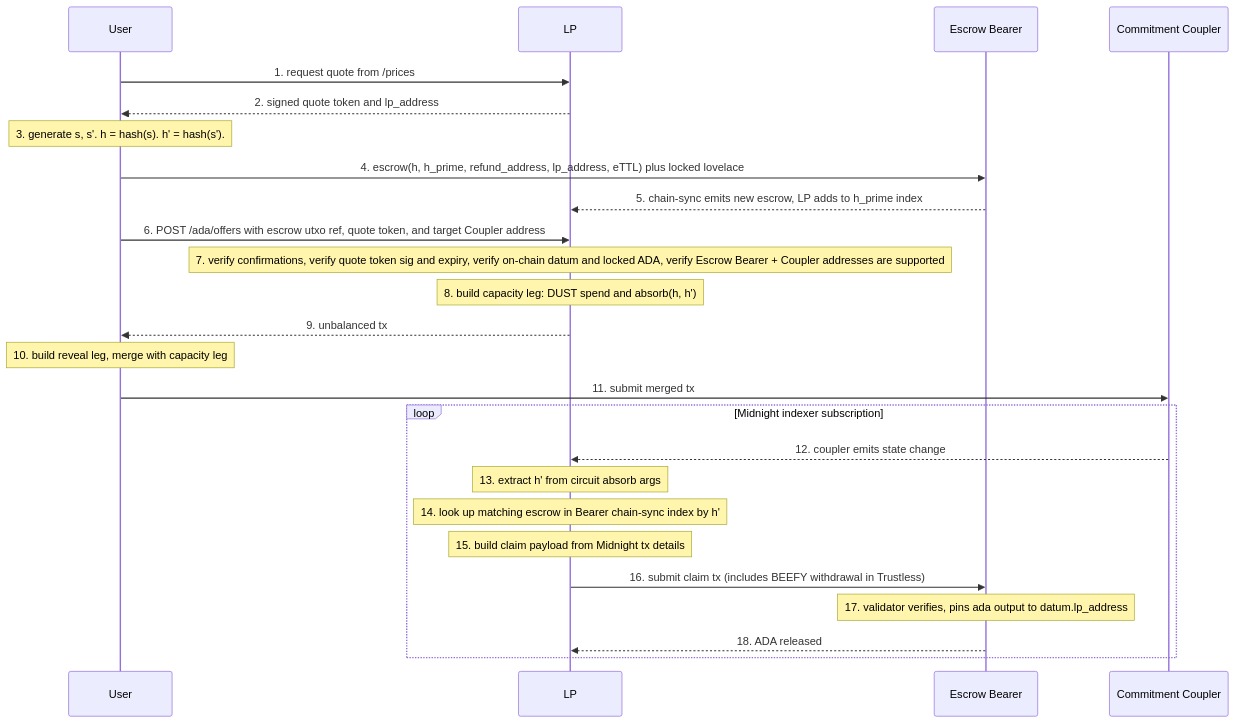
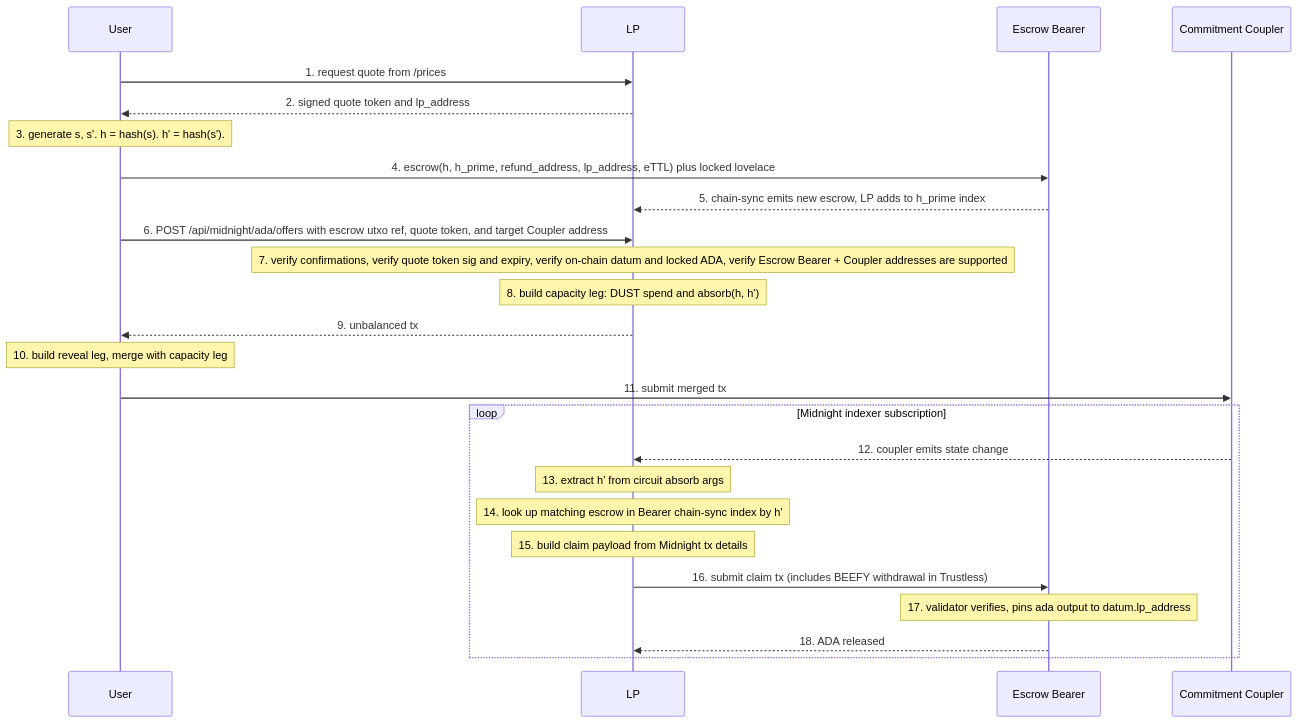
Before and after one commit to SundaeSwap-finance/capacity-exchange: the second of 3 diagrams in packages/bridgeless-claim/docs/OVERVIEW.md, drawn with Mermaid. The commit also changed other lines of this file and 145 other files, not shown here.

````diff
--- a/packages/bridgeless-claim/docs/OVERVIEW.md
+++ b/packages/bridgeless-claim/docs/OVERVIEW.md
@@ -82,29 +82,29 @@
 ```mermaid
 sequenceDiagram
     participant User
     participant LP
     participant Escrow Bearer
     participant Commitment Coupler
 
     User->>LP: 1. request quote from /prices
     LP-->>User: 2. signed quote token and lp_address
     Note over User: 3. generate s, s'. h = hash(s). h' = hash(s').
     User->>Escrow Bearer: 4. escrow(h, h_prime, refund_address, lp_address, eTTL) plus locked lovelace
     Escrow Bearer-->>LP: 5. chain-sync emits new escrow, LP adds to h_prime index
-    User->>LP: 6. POST /ada/offers with escrow utxo ref, quote token, and target Coupler address
+    User->>LP: 6. POST /api/midnight/ada/offers with escrow utxo ref, quote token, and target Coupler address
     Note over LP: 7. verify confirmations, verify quote token sig and expiry, verify on-chain datum and locked ADA, verify Escrow Bearer + Coupler addresses are supported
     Note over LP: 8. build capacity leg: DUST spend and absorb(h, h')
     LP-->>User: 9. unbalanced tx
     Note over User: 10. build reveal leg, merge with capacity leg
     User->>Commitment Coupler: 11. submit merged tx
 
     loop Midnight indexer subscription
         Commitment Coupler-->>LP: 12. coupler emits state change
         Note over LP: 13. extract h' from circuit absorb args
         Note over LP: 14. look up matching escrow in Bearer chain-sync index by h'
         Note over LP: 15. build claim payload from Midnight tx details
         LP->>Escrow Bearer: 16. submit claim tx (includes BEEFY withdrawal in Trustless)
         Note over Escrow Bearer: 17. validator verifies, pins ada output to datum.lp_address
         Escrow Bearer-->>LP: 18. ADA released
     end
 ```
````
